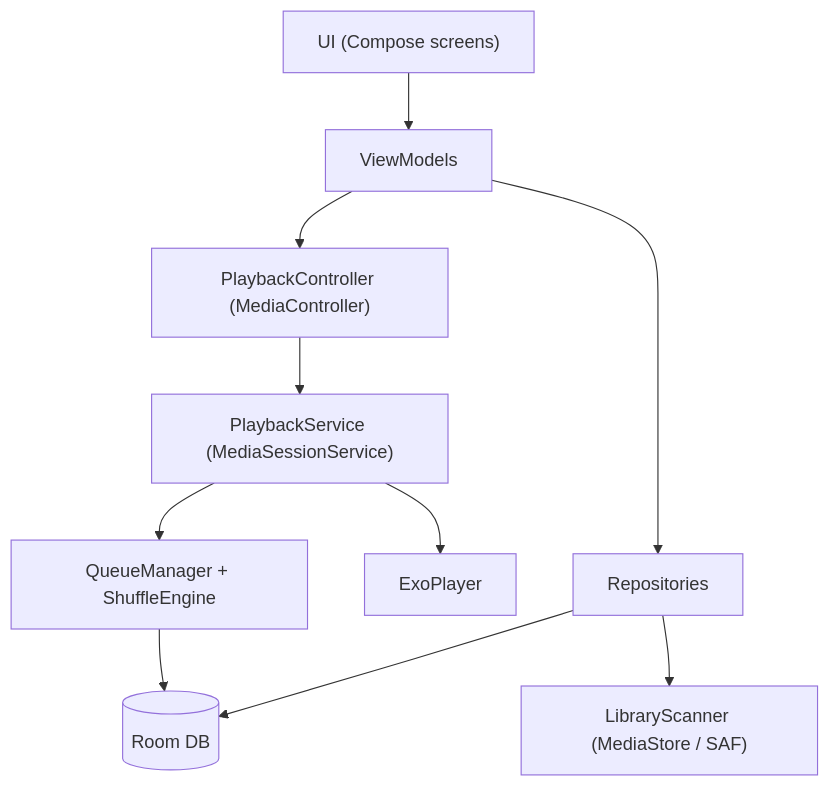
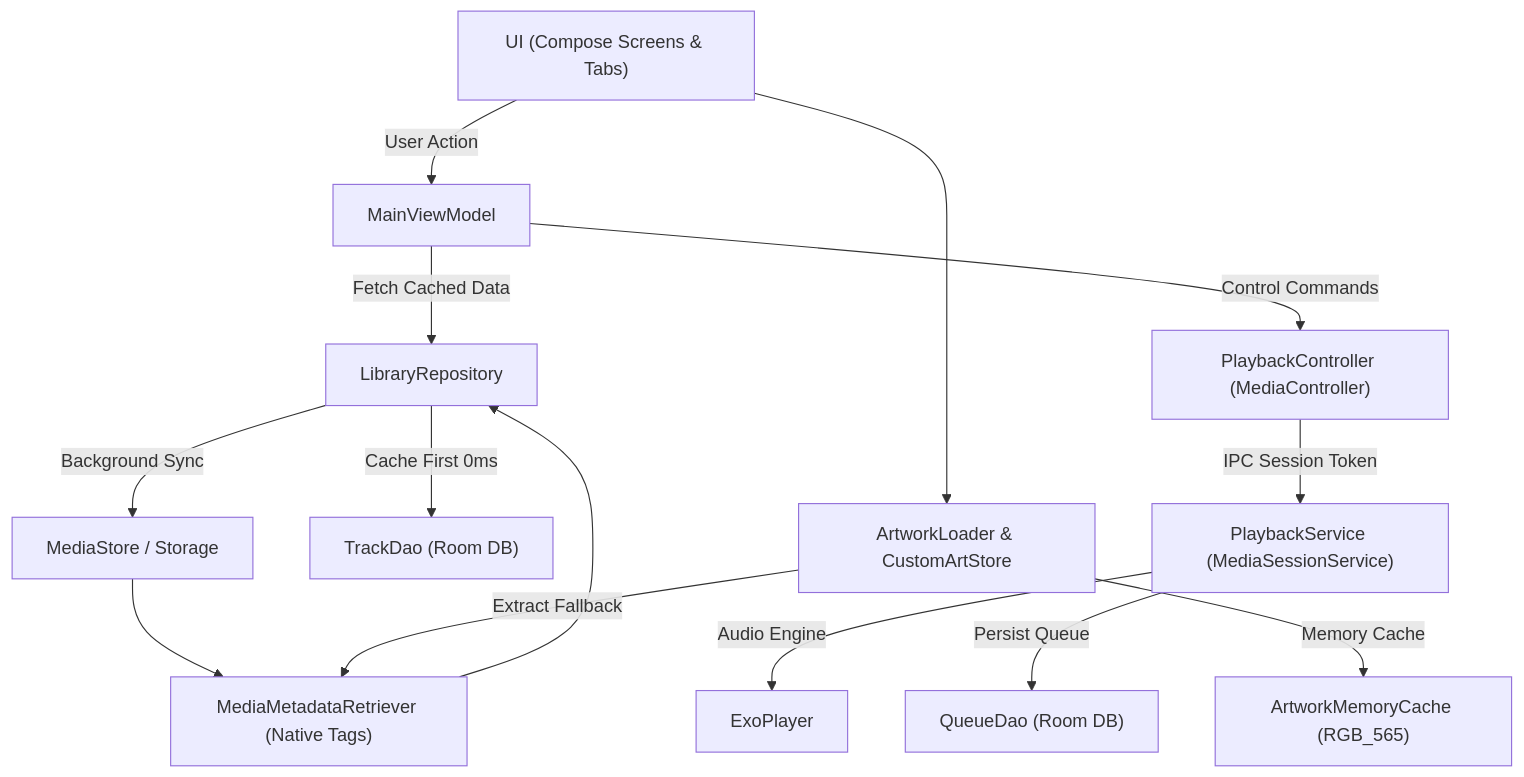
Before and after one commit to PrinzEugen39/nitori-secret-lab-music-player: the diagram in docs/Architecture.md, drawn with Mermaid. The commit also changed other lines of this file and 14 other files, not shown here.

````diff
--- a/docs/Architecture.md
+++ b/docs/Architecture.md
@@ -11,12 +14,16 @@
 ```mermaid
 flowchart TD
-    UI["UI (Compose screens)"] --> VM["ViewModels"]
-    VM --> Repo["Repositories"]
-    VM --> Ctrl["PlaybackController (MediaController)"]
-    Ctrl --> Svc["PlaybackService (MediaSessionService)"]
-    Svc --> Player["ExoPlayer"]
-    Svc --> QM["QueueManager + ShuffleEngine"]
-    Repo --> DB[("Room DB")]
-    Repo --> Scan["LibraryScanner (MediaStore / SAF)"]
-    QM --> DB
+    UI["UI (Compose Screens & Tabs)"] -->|User Action| VM["MainViewModel"]
+    VM -->|Fetch Cached Data| Repo["LibraryRepository"]
+    VM -->|Control Commands| Ctrl["PlaybackController (MediaController)"]
+    Ctrl -->|IPC Session Token| Svc["PlaybackService (MediaSessionService)"]
+    Svc -->|Audio Engine| Player["ExoPlayer"]
+    Svc -->|Persist Queue| QDao["QueueDao (Room DB)"]
+    Repo -->|Cache First 0ms| TDao["TrackDao (Room DB)"]
+    Repo -->|Background Sync| Scanner["MediaStore / Storage"]
+    Scanner --> MMR["MediaMetadataRetriever (Native Tags)"]
+    MMR --> Repo
+    Art["ArtworkLoader & CustomArtStore"] -->|Memory Cache| Lru["ArtworkMemoryCache (RGB_565)"]
+    Art -->|Extract Fallback| MMR
+    UI --> Art
 ```
````
